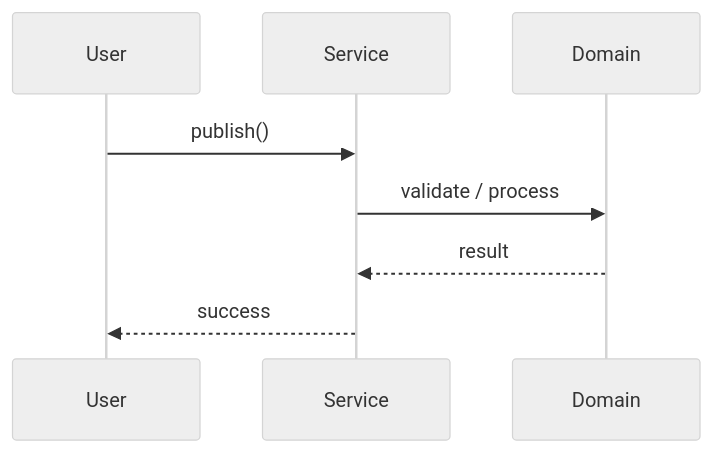
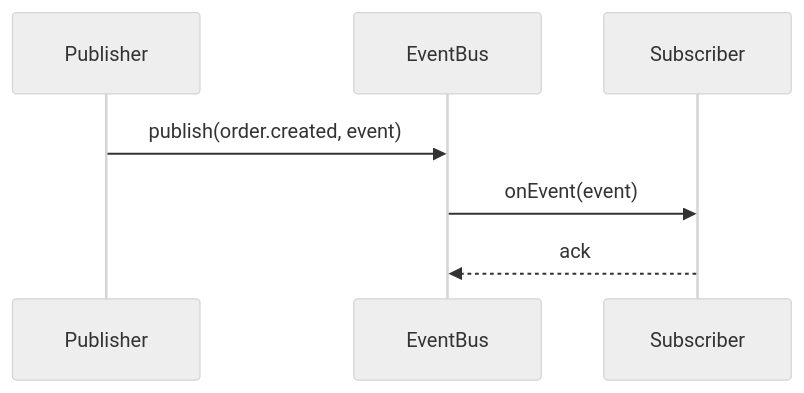
Before and after one commit to madhupaila/Interview-Prep-SSE: the second of 3 diagrams in Learn/System Design - Low Level Design/02-classic-ood/questions/Q29-pubsub-event-bus.md, drawn with Mermaid (neutral theme). The commit also changed other lines of this file and 491 other files, not shown here.

````diff
--- a/Learn/System Design - Low Level Design/02-classic-ood/questions/Q29-pubsub-event-bus.md
+++ b/Learn/System Design - Low Level Design/02-classic-ood/questions/Q29-pubsub-event-bus.md
@@ -122,10 +145,9 @@
 ```mermaid
 sequenceDiagram
-    participant U as User
-    participant S as Service
-    participant D as Domain
-    U->>S: publish()
-    S->>D: validate / process
-    D-->>S: result
-    S-->>U: success
+participant P as Publisher
+participant B as EventBus
+participant Sub as Subscriber
+P->>B: publish(order.created, event)
+B->>Sub: onEvent(event)
+Sub-->>B: ack
 ```
````
